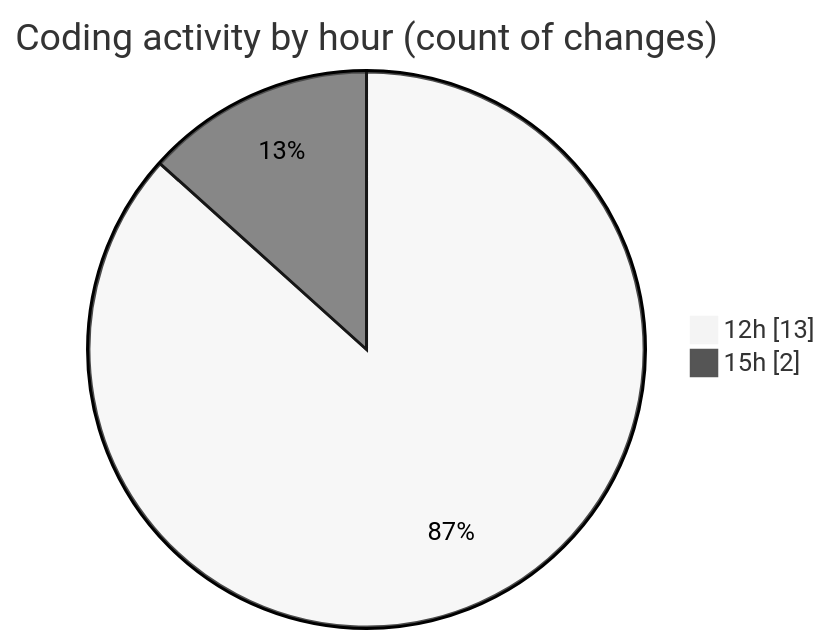
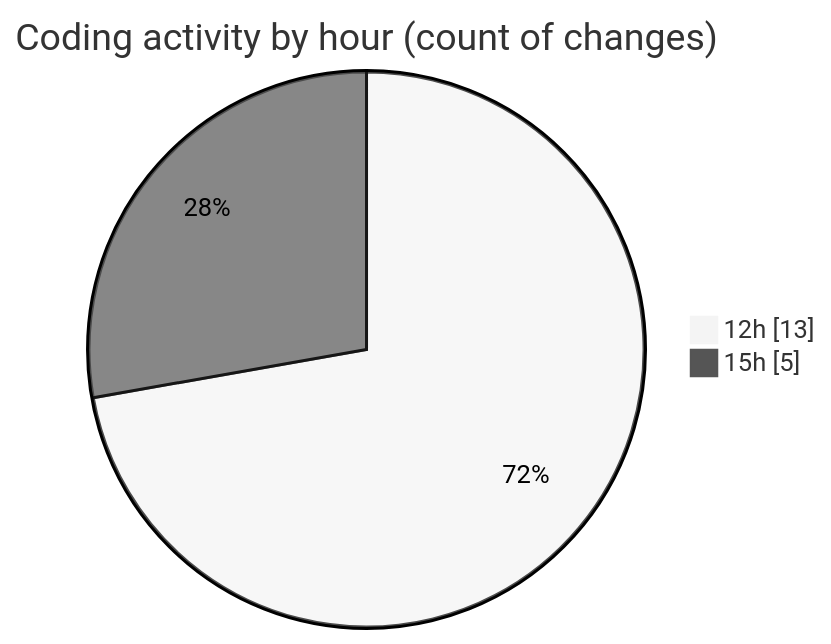
The second of 2 diagrams in 2025-07-20/reggarena/README.md (lephambinh05/code-tracking), drawn with Mermaid (neutral theme) before and after one commit. The commit also changed other lines of this file and 1 other file, not shown here.

````diff
--- a/2025-07-20/reggarena/README.md
+++ b/2025-07-20/reggarena/README.md
@@ -30,6 +32,6 @@
 ```mermaid
 pie showData
 title Coding activity by hour (count of changes)
 "12h" : 13
-"15h" : 2
+"15h" : 5
 ```
````
